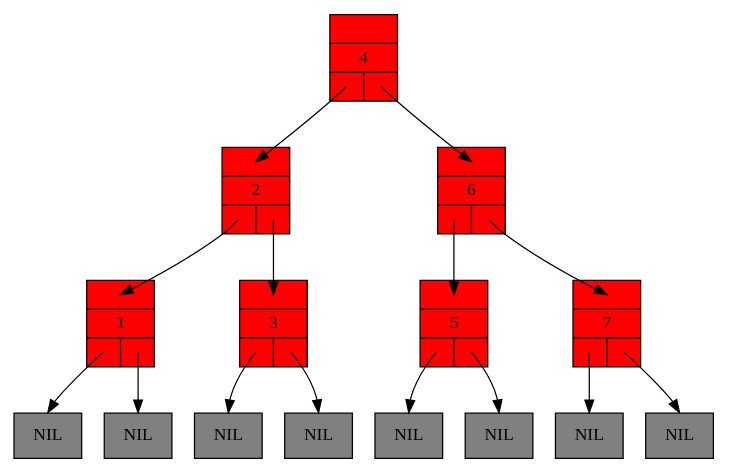
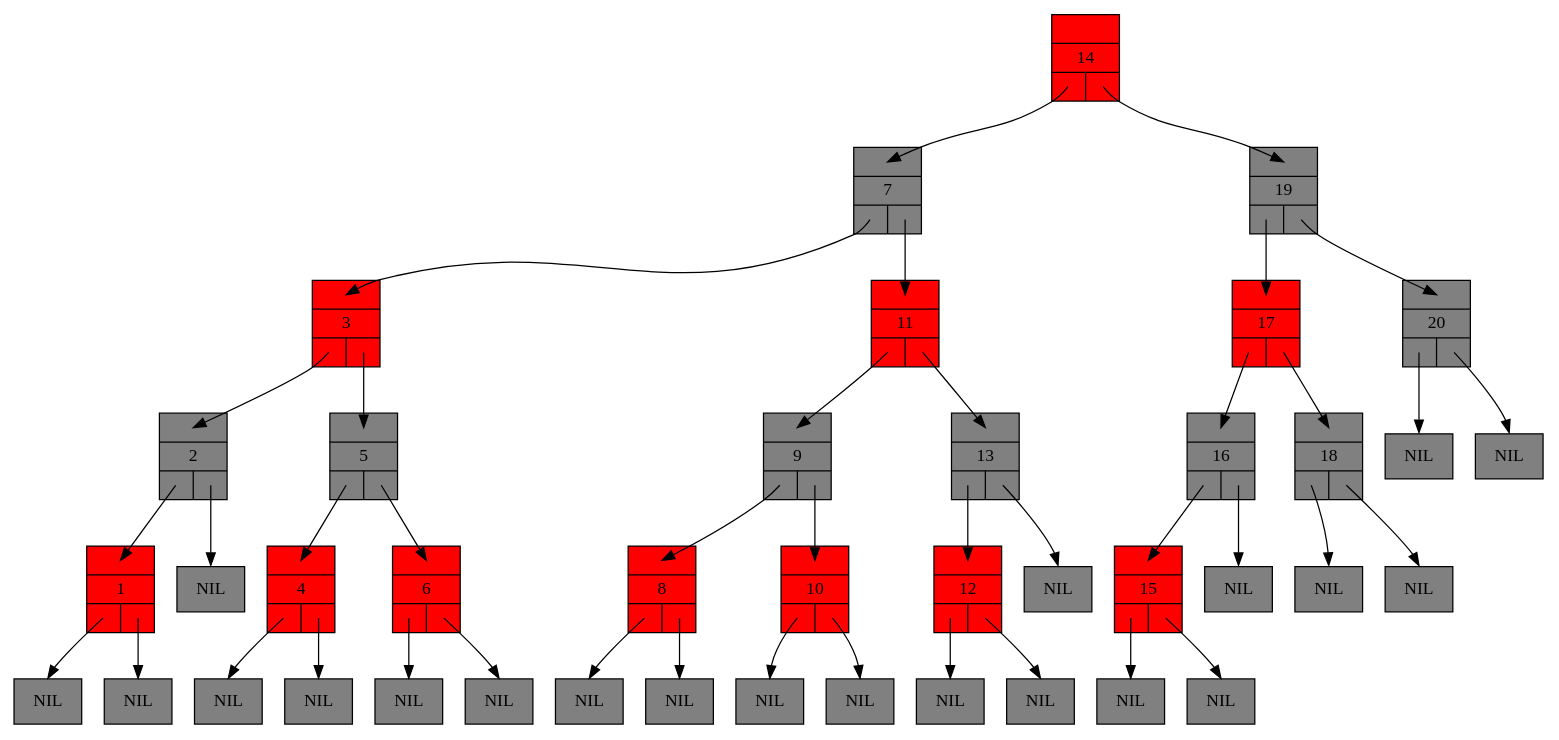
One commit to raffael-rajjah/Algo3_TP6 changed the diagram in Code/redblacktree_0.dot. Above: the diagram before and after it, drawn with Graphviz. The commit also changed 9 other files, not shown here.

```diff
--- a/Code/redblacktree_0.dot
+++ b/Code/redblacktree_0.dot
@@ -1,35 +1,87 @@
 digraph RedBlackTree {
 	graph [ ranksep =0.5];
 	node [ shape = record ];
 
 	n1 [style=filled, fillcolor=red, label="{{<parent>}|1|{<left>|<right>}}"];
 	lnil1 [style=filled, fillcolor=grey, label="NIL"];
 	n1:left:c -> lnil1:n [headclip=false, tailclip=false]
 	rnil1 [style=filled, fillcolor=grey, label="NIL"];
 	n1:right:c -> rnil1:n [headclip=false, tailclip=false]
-	n2 [style=filled, fillcolor=red, label="{{<parent>}|2|{<left>|<right>}}"];
+	n2 [style=filled, fillcolor=grey, label="{{<parent>}|2|{<left>|<right>}}"];
 	n2:left:c -> n1:parent:c [headclip=false, tailclip=false]
-	n2:right:c -> n3:parent:c [headclip=false, tailclip=false]
+	rnil2 [style=filled, fillcolor=grey, label="NIL"];
+	n2:right:c -> rnil2:n [headclip=false, tailclip=false]
 	n3 [style=filled, fillcolor=red, label="{{<parent>}|3|{<left>|<right>}}"];
-	lnil3 [style=filled, fillcolor=grey, label="NIL"];
-	n3:left:c -> lnil3:n [headclip=false, tailclip=false]
-	rnil3 [style=filled, fillcolor=grey, label="NIL"];
-	n3:right:c -> rnil3:n [headclip=false, tailclip=false]
+	n3:left:c -> n2:parent:c [headclip=false, tailclip=false]
+	n3:right:c -> n5:parent:c [headclip=false, tailclip=false]
 	n4 [style=filled, fillcolor=red, label="{{<parent>}|4|{<left>|<right>}}"];
-	n4:left:c -> n2:parent:c [headclip=false, tailclip=false]
-	n4:right:c -> n6:parent:c [headclip=false, tailclip=false]
-	n5 [style=filled, fillcolor=red, label="{{<parent>}|5|{<left>|<right>}}"];
-	lnil5 [style=filled, fillcolor=grey, label="NIL"];
-	n5:left:c -> lnil5:n [headclip=false, tailclip=false]
-	rnil5 [style=filled, fillcolor=grey, label="NIL"];
-	n5:right:c -> rnil5:n [headclip=false, tailclip=false]
+	lnil4 [style=filled, fillcolor=grey, label="NIL"];
+	n4:left:c -> lnil4:n [headclip=false, tailclip=false]
+	rnil4 [style=filled, fillcolor=grey, label="NIL"];
+	n4:right:c -> rnil4:n [headclip=false, tailclip=false]
+	n5 [style=filled, fillcolor=grey, label="{{<parent>}|5|{<left>|<right>}}"];
+	n5:left:c -> n4:parent:c [headclip=false, tailclip=false]
+	n5:right:c -> n6:parent:c [headclip=false, tailclip=false]
 	n6 [style=filled, fillcolor=red, label="{{<parent>}|6|{<left>|<right>}}"];
-	n6:left:c -> n5:parent:c [headclip=false, tailclip=false]
-	n6:right:c -> n7:parent:c [headclip=false, tailclip=false]
-	n7 [style=filled, fillcolor=red, label="{{<parent>}|7|{<left>|<right>}}"];
-	lnil7 [style=filled, fillcolor=grey, label="NIL"];
-	n7:left:c -> lnil7:n [headclip=false, tailclip=false]
-	rnil7 [style=filled, fillcolor=grey, label="NIL"];
-	n7:right:c -> rnil7:n [headclip=false, tailclip=false]
+	lnil6 [style=filled, fillcolor=grey, label="NIL"];
+	n6:left:c -> lnil6:n [headclip=false, tailclip=false]
+	rnil6 [style=filled, fillcolor=grey, label="NIL"];
+	n6:right:c -> rnil6:n [headclip=false, tailclip=false]
+	n7 [style=filled, fillcolor=grey, label="{{<parent>}|7|{<left>|<right>}}"];
+	n7:left:c -> n3:parent:c [headclip=false, tailclip=false]
+	n7:right:c -> n11:parent:c [headclip=false, tailclip=false]
+	n8 [style=filled, fillcolor=red, label="{{<parent>}|8|{<left>|<right>}}"];
+	lnil8 [style=filled, fillcolor=grey, label="NIL"];
+	n8:left:c -> lnil8:n [headclip=false, tailclip=false]
+	rnil8 [style=filled, fillcolor=grey, label="NIL"];
+	n8:right:c -> rnil8:n [headclip=false, tailclip=false]
+	n9 [style=filled, fillcolor=grey, label="{{<parent>}|9|{<left>|<right>}}"];
+	n9:left:c -> n8:parent:c [headclip=false, tailclip=false]
+	n9:right:c -> n10:parent:c [headclip=false, tailclip=false]
+	n10 [style=filled, fillcolor=red, label="{{<parent>}|10|{<left>|<right>}}"];
+	lnil10 [style=filled, fillcolor=grey, label="NIL"];
+	n10:left:c -> lnil10:n [headclip=false, tailclip=false]
+	rnil10 [style=filled, fillcolor=grey, label="NIL"];
+	n10:right:c -> rnil10:n [headclip=false, tailclip=false]
+	n11 [style=filled, fillcolor=red, label="{{<parent>}|11|{<left>|<right>}}"];
+	n11:left:c -> n9:parent:c [headclip=false, tailclip=false]
+	n11:right:c -> n13:parent:c [headclip=false, tailclip=false]
+	n12 [style=filled, fillcolor=red, label="{{<parent>}|12|{<left>|<right>}}"];
+	lnil12 [style=filled, fillcolor=grey, label="NIL"];
+	n12:left:c -> lnil12:n [headclip=false, tailclip=false]
+	rnil12 [style=filled, fillcolor=grey, label="NIL"];
+	n12:right:c -> rnil12:n [headclip=false, tailclip=false]
+	n13 [style=filled, fillcolor=grey, label="{{<parent>}|13|{<left>|<right>}}"];
+	n13:left:c -> n12:parent:c [headclip=false, tailclip=false]
+	rnil13 [style=filled, fillcolor=grey, label="NIL"];
+	n13:right:c -> rnil13:n [headclip=false, tailclip=false]
+	n14 [style=filled, fillcolor=red, label="{{<parent>}|14|{<left>|<right>}}"];
+	n14:left:c -> n7:parent:c [headclip=false, tailclip=false]
+	n14:right:c -> n19:parent:c [headclip=false, tailclip=false]
+	n15 [style=filled, fillcolor=red, label="{{<parent>}|15|{<left>|<right>}}"];
+	lnil15 [style=filled, fillcolor=grey, label="NIL"];
+	n15:left:c -> lnil15:n [headclip=false, tailclip=false]
+	rnil15 [style=filled, fillcolor=grey, label="NIL"];
+	n15:right:c -> rnil15:n [headclip=false, tailclip=false]
+	n16 [style=filled, fillcolor=grey, label="{{<parent>}|16|{<left>|<right>}}"];
+	n16:left:c -> n15:parent:c [headclip=false, tailclip=false]
+	rnil16 [style=filled, fillcolor=grey, label="NIL"];
+	n16:right:c -> rnil16:n [headclip=false, tailclip=false]
+	n17 [style=filled, fillcolor=red, label="{{<parent>}|17|{<left>|<right>}}"];
+	n17:left:c -> n16:parent:c [headclip=false, tailclip=false]
+	n17:right:c -> n18:parent:c [headclip=false, tailclip=false]
+	n18 [style=filled, fillcolor=grey, label="{{<parent>}|18|{<left>|<right>}}"];
+	lnil18 [style=filled, fillcolor=grey, label="NIL"];
+	n18:left:c -> lnil18:n [headclip=false, tailclip=false]
+	rnil18 [style=filled, fillcolor=grey, label="NIL"];
+	n18:right:c -> rnil18:n [headclip=false, tailclip=false]
+	n19 [style=filled, fillcolor=grey, label="{{<parent>}|19|{<left>|<right>}}"];
+	n19:left:c -> n17:parent:c [headclip=false, tailclip=false]
+	n19:right:c -> n20:parent:c [headclip=false, tailclip=false]
+	n20 [style=filled, fillcolor=grey, label="{{<parent>}|20|{<left>|<right>}}"];
+	lnil20 [style=filled, fillcolor=grey, label="NIL"];
+	n20:left:c -> lnil20:n [headclip=false, tailclip=false]
+	rnil20 [style=filled, fillcolor=grey, label="NIL"];
+	n20:right:c -> rnil20:n [headclip=false, tailclip=false]
 
 }
```
